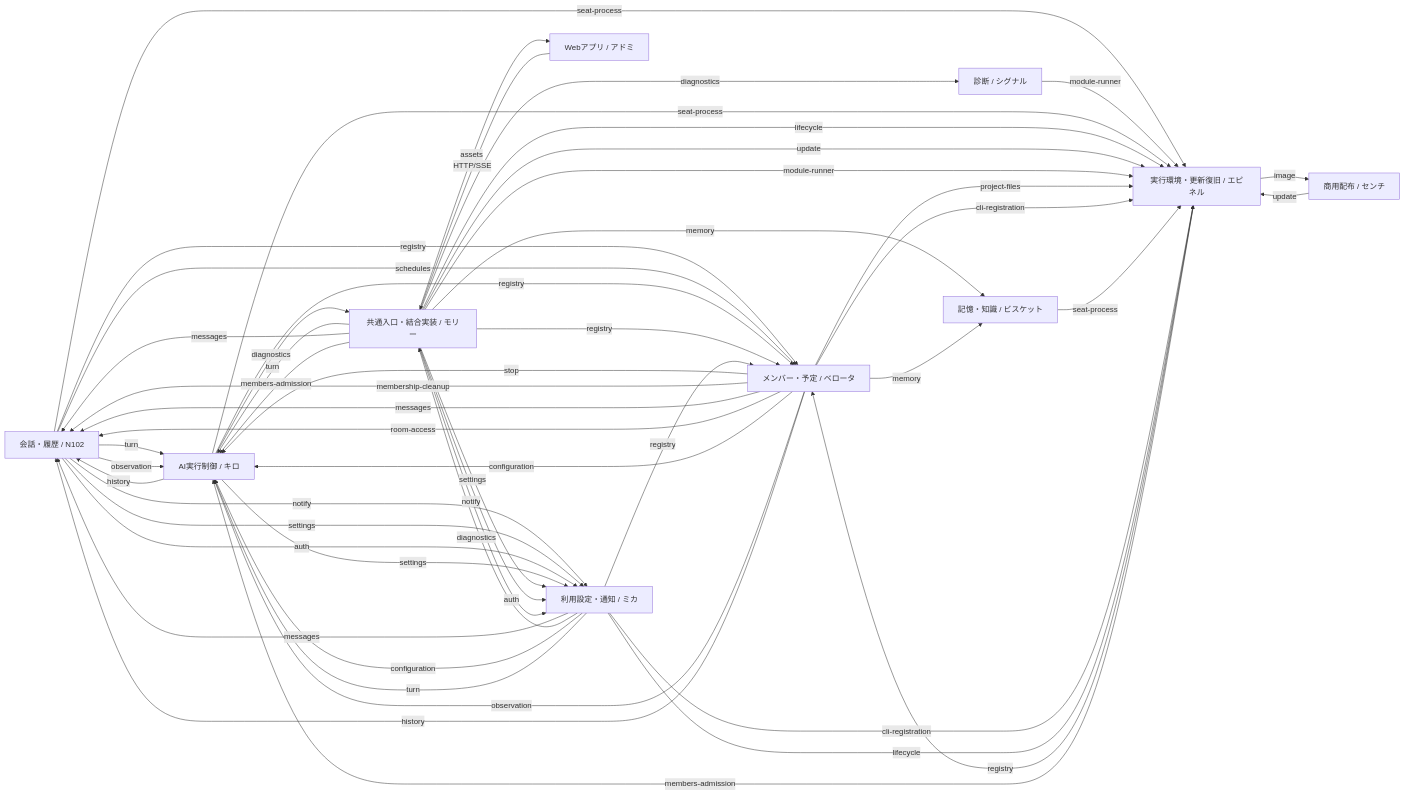
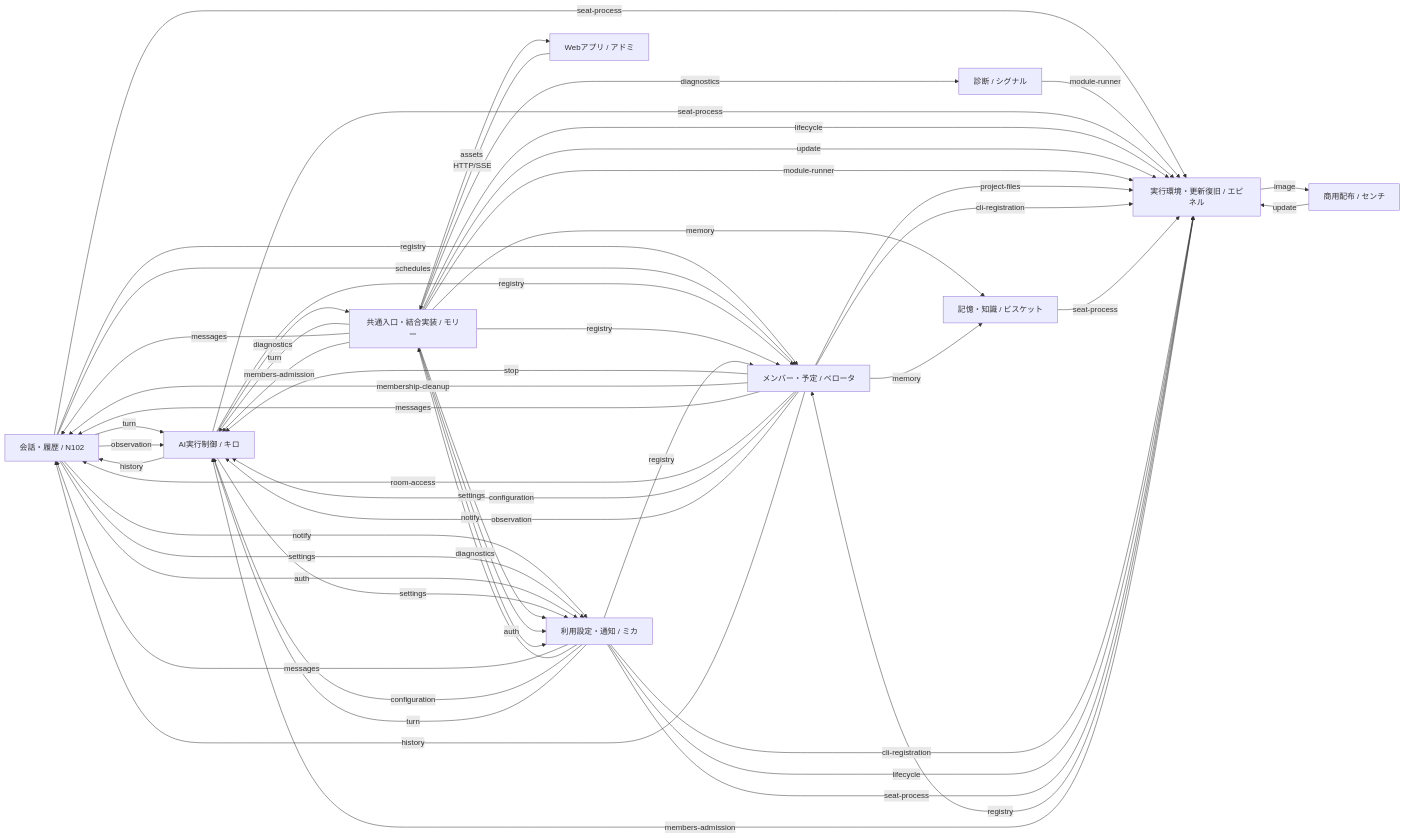
Before and after one commit to kitepon/BellTeam: the first of 2 diagrams in docs/architecture/feature-map.md, drawn with Mermaid. The commit also changed 9 other files, not shown here.

````diff
--- a/docs/architecture/feature-map.md
+++ b/docs/architecture/feature-map.md
@@ -11,63 +11,64 @@
 ```mermaid
 flowchart LR
   m_conversation["会話・履歴 / N102"]
   m_diagnostics["診断 / シグナル"]
   m_distribution["商用配布 / センチ"]
   m_execution["AI実行制御 / キロ"]
   m_integration["共通入口・結合実装 / モリー"]
   m_members["メンバー・予定 / ベロータ"]
   m_memory["記憶・知識 / ビスケット"]
   m_runtime["実行環境・更新復旧 / エピネル"]
   m_usage["利用設定・通知 / ミカ"]
   m_web["Webアプリ / アドミ"]
   m_conversation -->|"turn"| m_execution
   m_conversation -->|"registry"| m_members
   m_conversation -->|"notify"| m_usage
   m_conversation -->|"schedules"| m_members
   m_conversation -->|"seat-process"| m_runtime
   m_conversation -->|"settings"| m_usage
   m_conversation -->|"auth"| m_usage
   m_conversation -->|"observation"| m_execution
   m_diagnostics -->|"module-runner"| m_runtime
   m_distribution -->|"update"| m_runtime
   m_execution -->|"diagnostics"| m_integration
   m_execution -->|"registry"| m_members
   m_execution -->|"seat-process"| m_runtime
   m_execution -->|"history"| m_conversation
   m_execution -->|"settings"| m_usage
   m_integration -->|"turn"| m_execution
   m_integration -->|"messages"| m_conversation
   m_integration -->|"registry"| m_members
   m_integration -->|"settings"| m_usage
   m_integration -->|"memory"| m_memory
   m_integration -->|"lifecycle"| m_runtime
   m_integration -->|"assets"| m_web
   m_integration -->|"update"| m_runtime
   m_integration -->|"auth"| m_usage
   m_integration -->|"notify"| m_usage
   m_integration -->|"members-admission"| m_execution
   m_integration -->|"diagnostics"| m_diagnostics
   m_integration -->|"module-runner"| m_runtime
   m_members -->|"stop"| m_execution
   m_members -->|"project-files"| m_runtime
   m_members -->|"cli-registration"| m_runtime
   m_members -->|"membership-cleanup"| m_conversation
   m_members -->|"messages"| m_conversation
   m_members -->|"memory"| m_memory
   m_members -->|"room-access"| m_conversation
   m_members -->|"configuration"| m_execution
   m_members -->|"observation"| m_execution
   m_members -->|"history"| m_conversation
   m_memory -->|"seat-process"| m_runtime
   m_runtime -->|"registry"| m_members
   m_runtime -->|"image"| m_distribution
   m_runtime -->|"members-admission"| m_execution
   m_usage -->|"registry"| m_members
   m_usage -->|"messages"| m_conversation
   m_usage -->|"cli-registration"| m_runtime
   m_usage -->|"diagnostics"| m_integration
   m_usage -->|"configuration"| m_execution
   m_usage -->|"turn"| m_execution
   m_usage -->|"lifecycle"| m_runtime
+  m_usage -->|"seat-process"| m_runtime
   m_web -->|"HTTP/SSE"| m_integration
 ```
````
